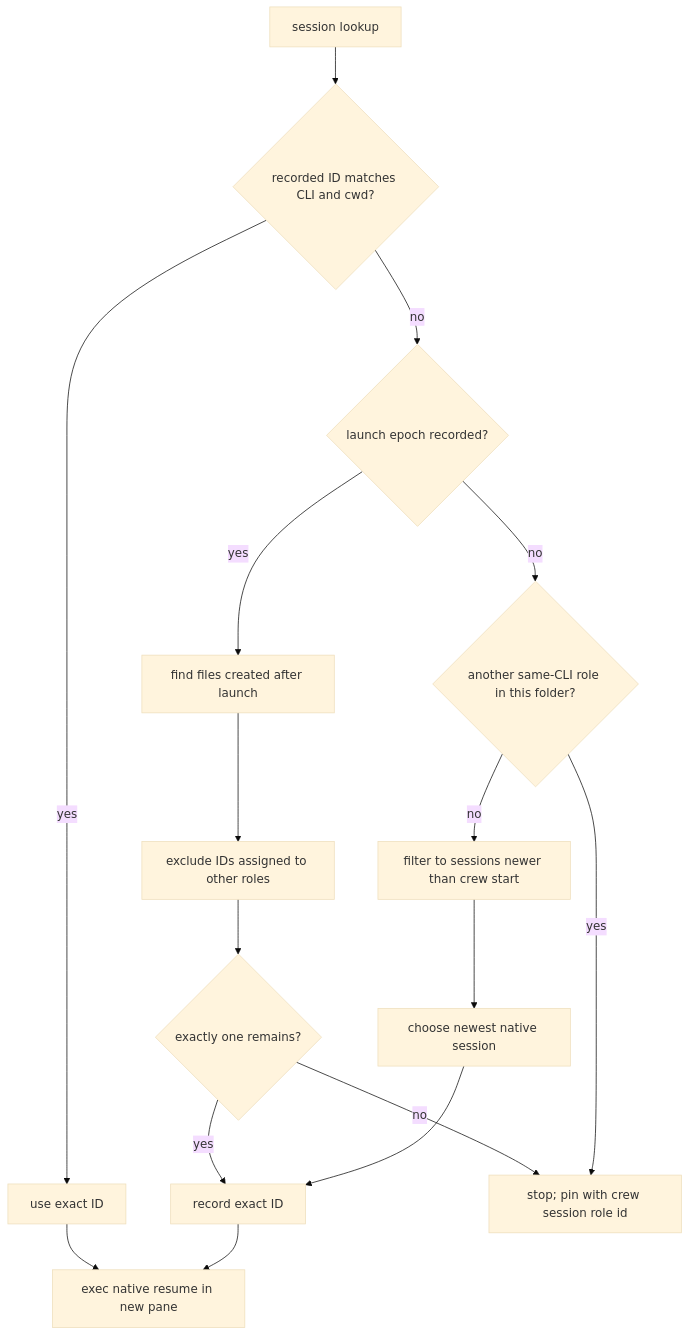
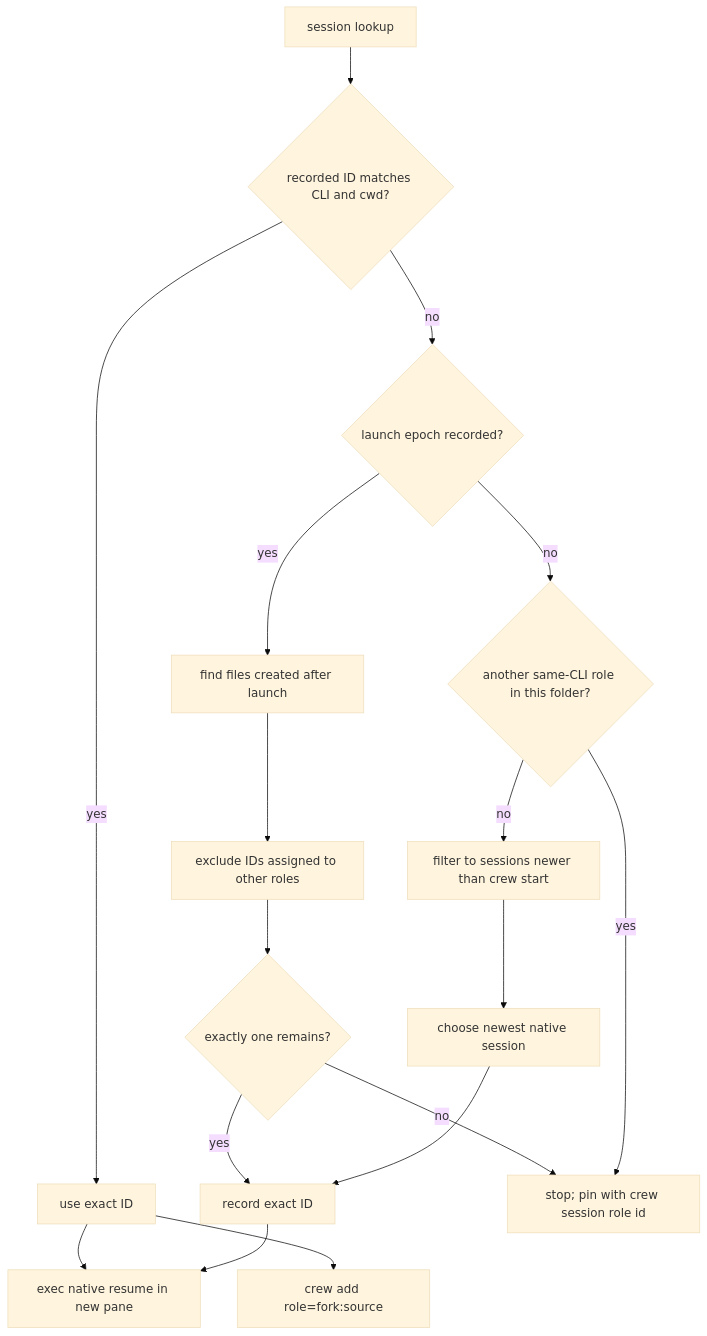
One commit to mifwar/crew changed the diagram in lode/cli/sessions.md. Above: the diagram before and after it, drawn with Mermaid (base theme). The commit also changed other lines of this file and 7 other files, not shown here.

Commit message:
feat: fork role sessions

````diff
--- a/lode/cli/sessions.md
+++ b/lode/cli/sessions.md
@@ -56,18 +75,19 @@
 ```mermaid
 flowchart TD
   command[session lookup] --> exact{recorded ID matches CLI and cwd?}
   exact -- yes --> use[use exact ID]
   exact -- no --> pending{launch epoch recorded?}
   pending -- yes --> launched[find files created after launch]
   launched --> assigned[exclude IDs assigned to other roles]
   assigned --> unique{exactly one remains?}
   unique -- yes --> store[record exact ID]
   unique -- no --> pin[stop; pin with crew session role id]
   pending -- no --> shared{another same-CLI role in this folder?}
   shared -- yes --> pin[stop; pin with crew session role id]
   shared -- no --> fresh[filter to sessions newer than crew start]
   fresh --> newest[choose newest native session]
   newest --> store
   use --> resume[exec native resume in new pane]
   store --> resume
+  use --> fork[crew add role=fork:source]
 ```
````
